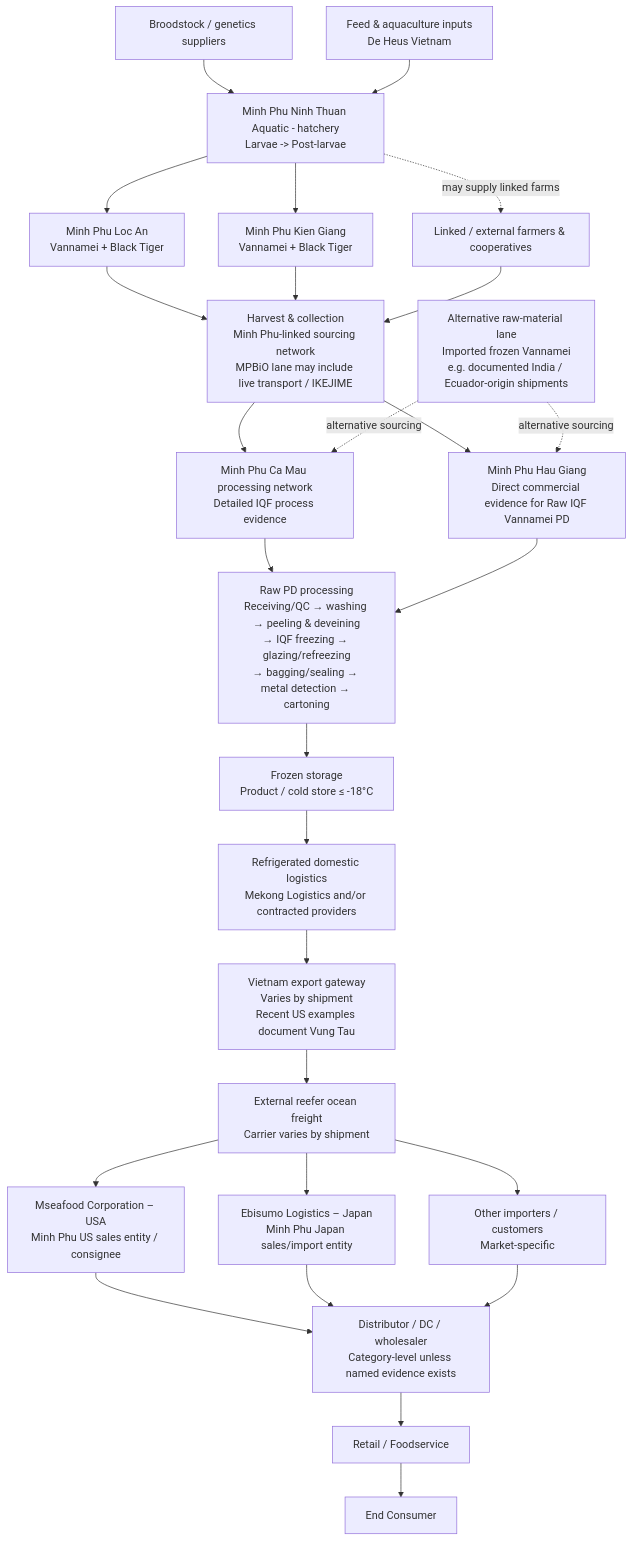
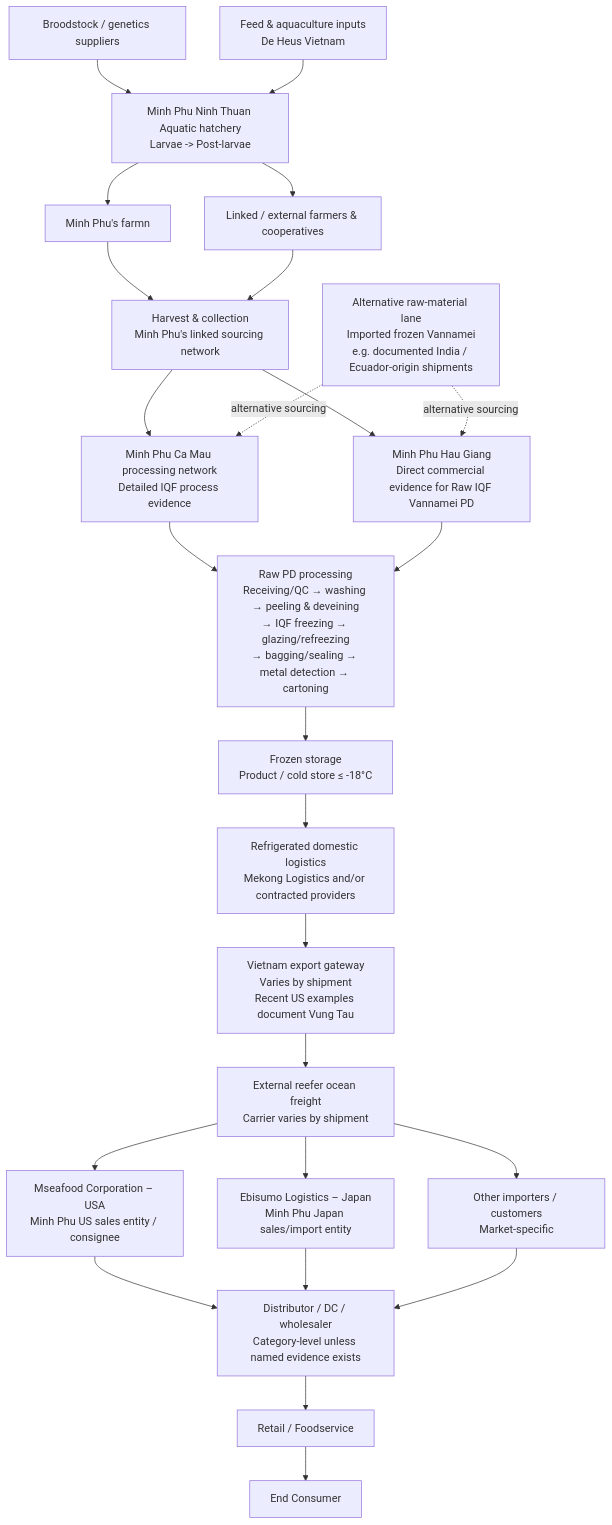
One commit to khoahcmiu/khoa changed the diagram in minh_phu_supply_chain_master_clean.md. Above: the diagram before and after it, drawn with Mermaid.

````diff
--- a/minh_phu_supply_chain_master_clean.md
+++ b/minh_phu_supply_chain_master_clean.md
@@ -24,72 +24,70 @@
 ```mermaid
 flowchart TD
 
     A["Broodstock / genetics suppliers"]
     B["Feed & aquaculture inputs<br/>De Heus Vietnam"]
 
-    C["Minh Phu Ninh Thuan Aquatic - hatchery<br/>Larvae -> Post-larvae"]
+    C["Minh Phu Ninh Thuan Aquatic hatchery<br/>Larvae -> Post-larvae"]
 
-    D1["Minh Phu Loc An<br/>Vannamei + Black Tiger"]
-    D2["Minh Phu Kien Giang<br/>Vannamei + Black Tiger"]
-    D3["Linked / external farmers & cooperatives"]
+    D1["Minh Phu's farmn"]
+    D2["Linked / external farmers & cooperatives"]
 
-    E["Harvest & collection<br/>Minh Phu-linked sourcing network<br/>MPBiO lane may include live transport / IKEJIME"]
+    E["Harvest & collection<br/>Minh Phu's linked sourcing network"]
 
     F1["Minh Phu Ca Mau processing network<br/>Detailed IQF process evidence"]
     F2["Minh Phu Hau Giang<br/>Direct commercial evidence for Raw IQF Vannamei PD"]
 
     G["Raw PD processing<br/>Receiving/QC → washing → peeling & deveining<br/>→ IQF freezing → glazing/refreezing<br/>→ bagging/sealing → metal detection → cartoning"]
 
     H["Frozen storage<br/>Product / cold store ≤ -18°C"]
 
     I["Refrigerated domestic logistics<br/>Mekong Logistics and/or contracted providers"]
 
     J["Vietnam export gateway<br/>Varies by shipment<br/>Recent US examples document Vung Tau"]
 
     K["External reefer ocean freight<br/>Carrier varies by shipment"]
 
     L1["Mseafood Corporation – USA<br/>Minh Phu US sales entity / consignee"]
     L2["Ebisumo Logistics – Japan<br/>Minh Phu Japan sales/import entity"]
     L3["Other importers / customers<br/>Market-specific"]
 
     M["Distributor / DC / wholesaler<br/>Category-level unless named evidence exists"]
     N["Retail / Foodservice"]
     O["End Consumer"]
 
     X["Alternative raw-material lane<br/>Imported frozen Vannamei<br/>e.g. documented India / Ecuador-origin shipments"]
 
     A --> C
     B --> C
     C --> D1
     C --> D2
-    C -. may supply linked farms .-> D3
 
     D1 --> E
     D2 --> E
-    D3 --> E
+
 
     E --> F1
     E --> F2
 
     X -. alternative sourcing .-> F1
     X -. alternative sourcing .-> F2
 
     F1 --> G
     F2 --> G
 
     G --> H
     H --> I
     I --> J
     J --> K
 
     K --> L1
     K --> L2
     K --> L3
 
     L1 --> M
     L2 --> M
     L3 --> M
 
     M --> N
     N --> O
 ```
````
